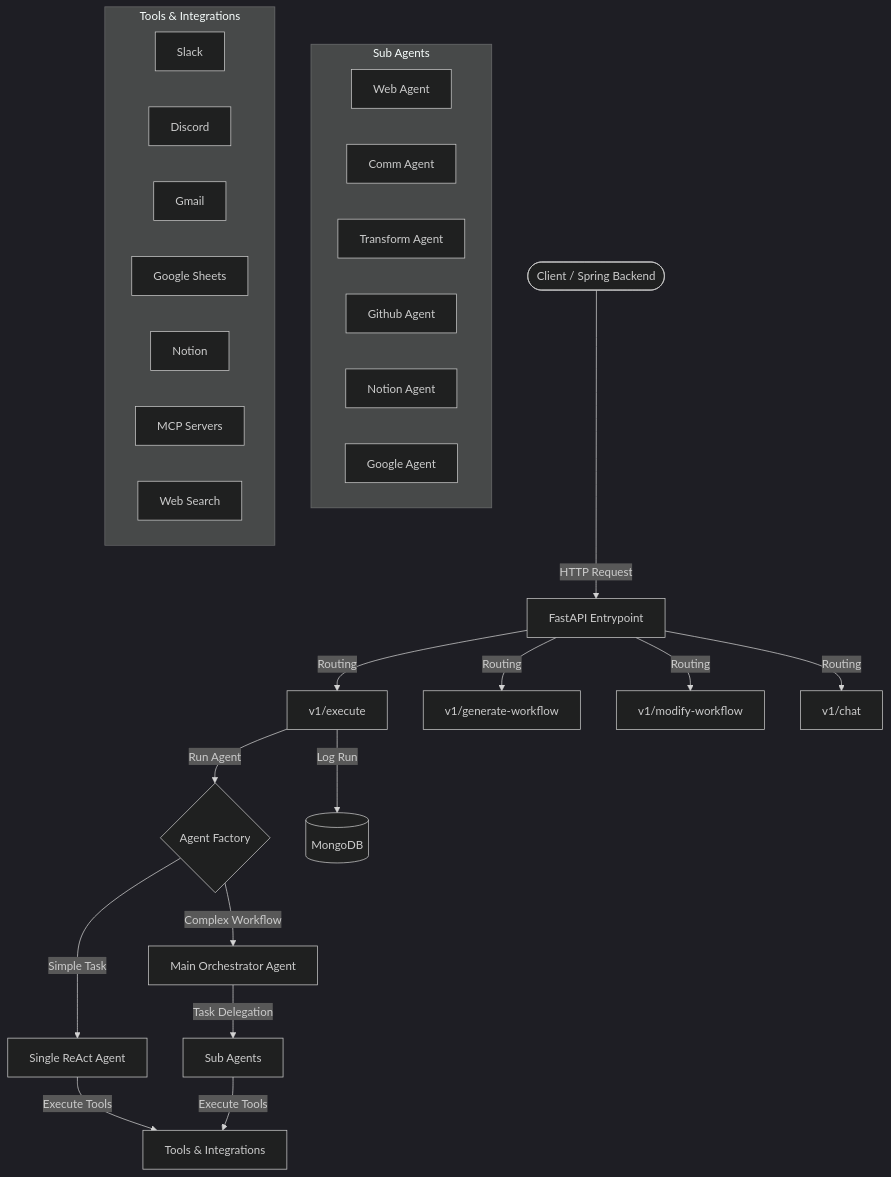
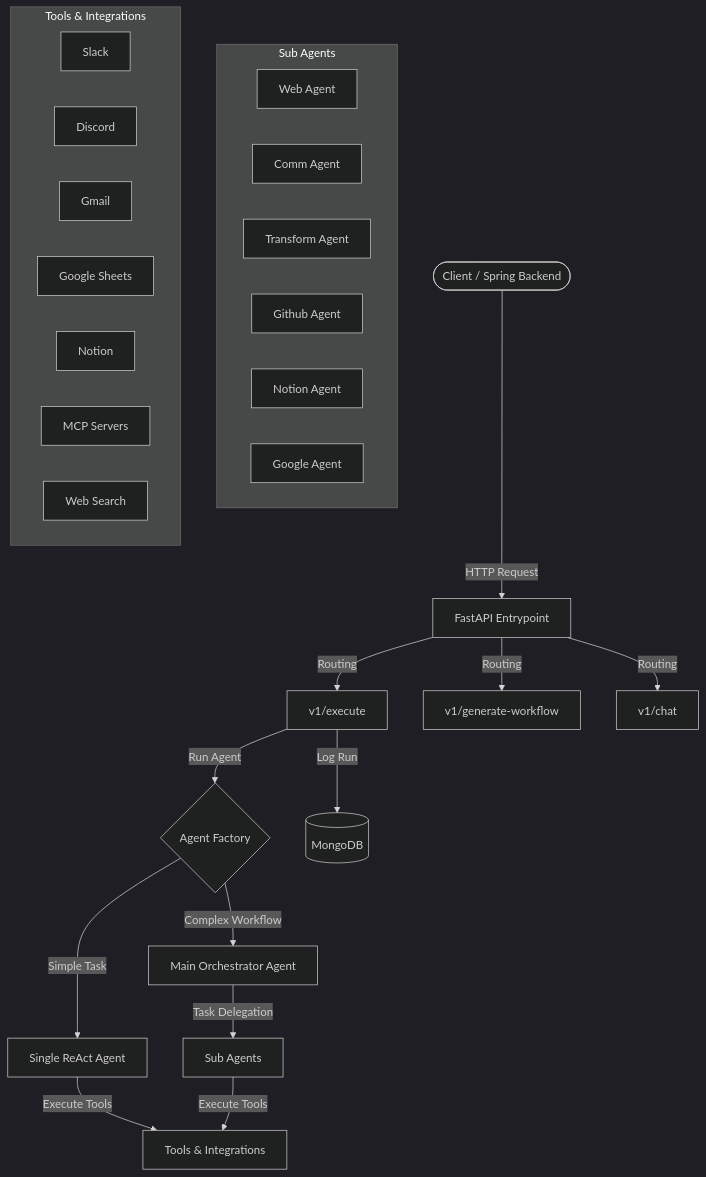
One commit to team-ieum/ieum-agent changed the first of 3 diagrams in README.md. Above: the diagram before and after it, drawn with Mermaid (dark theme). The commit also changed other lines of this file and 10 other files, not shown here.

````diff
--- a/README.md
+++ b/README.md
@@ -22,37 +22,36 @@
 ```mermaid
 graph TD
     User([Client / Spring Backend]) -->|HTTP Request| API[FastAPI Entrypoint]
     API -->|Routing| Execute[v1/execute]
     API -->|Routing| Generate[v1/generate-workflow]
-    API -->|Routing| Modify[v1/modify-workflow]
     API -->|Routing| Chat[v1/chat]
 
     Execute -->|Run Agent| Factory{Agent Factory}
     Factory -->|Simple Task| Single[Single ReAct Agent]
     Factory -->|Complex Workflow| Main[Main Orchestrator Agent]
 
     Main -->|Task Delegation| SubAgents[Sub Agents]
     subgraph Sub Agents
         Web[Web Agent]
         Comm[Comm Agent]
         Trans[Transform Agent]
         Github[Github Agent]
         Notion[Notion Agent]
         Google[Google Agent]
     end
 
     Single -->|Execute Tools| Tools[Tools & Integrations]
     SubAgents -->|Execute Tools| Tools
 
     subgraph Tools & Integrations
         Slack[Slack]
         Discord[Discord]
         Gmail[Gmail]
         GoogleSheets[Google Sheets]
         NotionAPI[Notion]
         MCP[MCP Servers]
         Search[Web Search]
     end
 
     Execute -->|Log Run| MongoDB[(MongoDB)]
 ```
````
